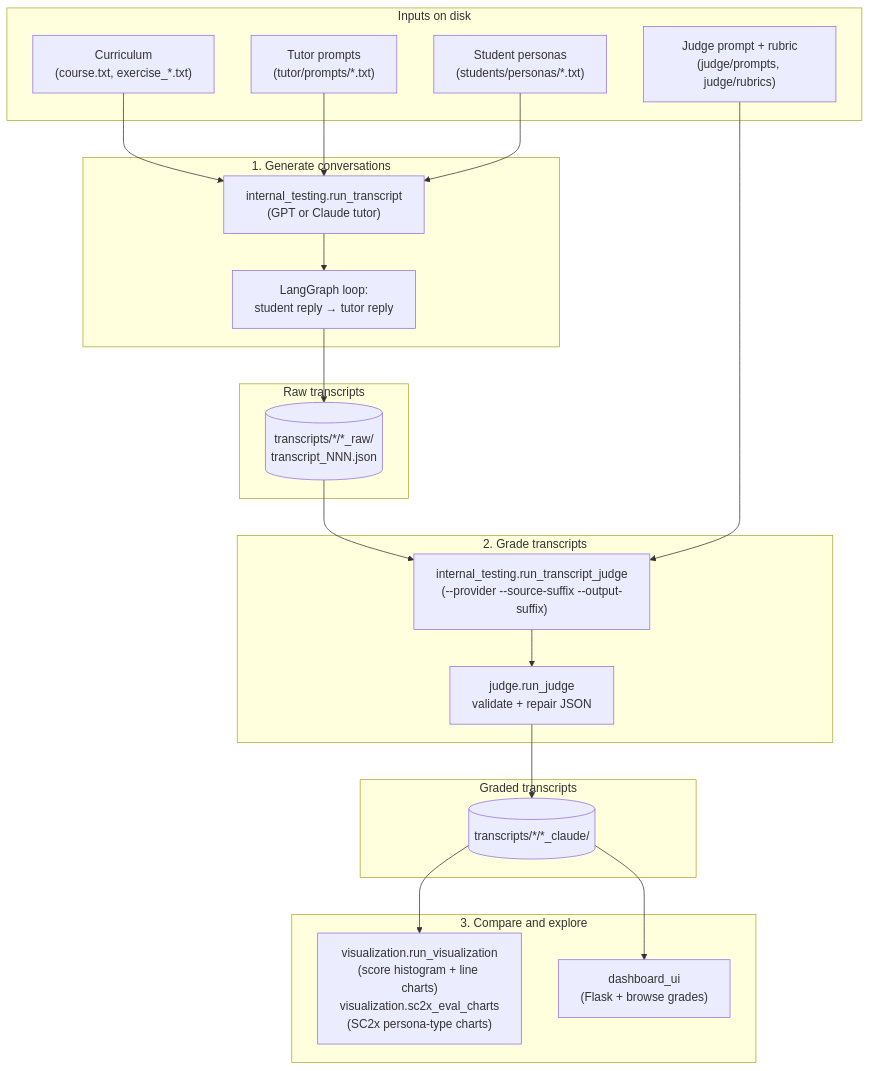
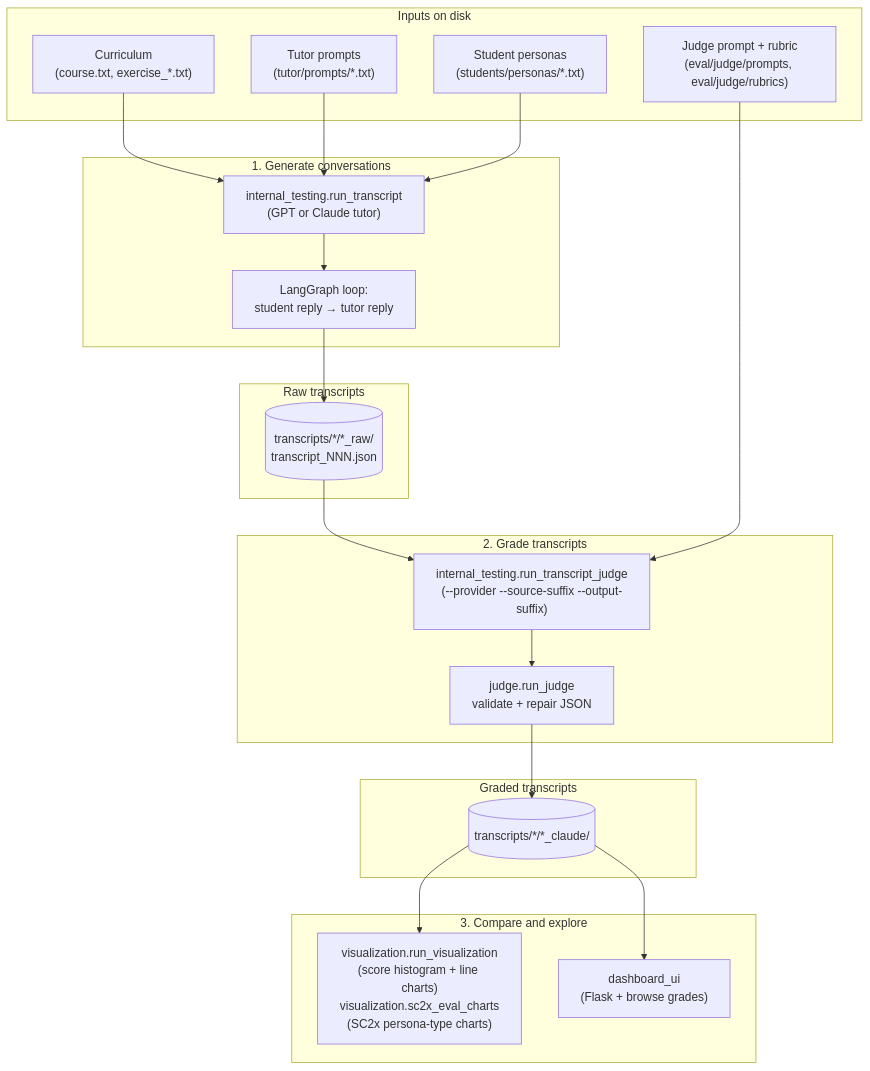
One commit to bonbon-on-fire/asktim_llm_tutor_project changed the third of 3 diagrams in README.md. Above: the diagram before and after it, drawn with Mermaid. The commit also changed other lines of this file and 28 other files, not shown here.

First line of the commit message:
refactor(eval): move judge/ into eval/judge so both evaluators live under eval/

````diff
--- a/README.md
+++ b/README.md
@@ -174,42 +174,42 @@
 ```mermaid
 flowchart TD
     subgraph inputs["Inputs on disk"]
         CUR["Curriculum\n(course.txt, exercise_*.txt)"]
         TUT["Tutor prompts\n(tutor/prompts/*.txt)"]
         PER["Student personas\n(students/personas/*.txt)"]
-        JR["Judge prompt + rubric\n(judge/prompts, judge/rubrics)"]
+        JR["Judge prompt + rubric\n(eval/judge/prompts, eval/judge/rubrics)"]
     end
 
     subgraph gen["1. Generate conversations"]
         UIRAW["internal_testing.run_transcript\n(GPT or Claude tutor)"]
         LOOP["LangGraph loop:\nstudent reply → tutor reply"]
     end
 
     subgraph rawstore["Raw transcripts"]
         RAWF[("transcripts/*/*_raw/\ntranscript_NNN.json")]
     end
 
     subgraph judge["2. Grade transcripts"]
         UIJ["internal_testing.run_transcript_judge\n(--provider --source-suffix --output-suffix)"]
         JG["judge.run_judge\nvalidate + repair JSON"]
     end
 
     subgraph gradedstore["Graded transcripts"]
         GF[("transcripts/*/*_claude/")]
     end
 
     subgraph view["3. Compare and explore"]
         VIZ["visualization.run_visualization\n(score histogram + line charts)\nvisualization.sc2x_eval_charts\n(SC2x persona-type charts)"]
         DASH["dashboard_ui\n(Flask + browse grades)"]
     end
 
     CUR --> UIRAW
     TUT --> UIRAW
     PER --> UIRAW
     UIRAW --> LOOP --> RAWF
     RAWF --> UIJ
     JR --> UIJ
     UIJ --> JG --> GF
     GF --> VIZ
     GF --> DASH
 ```
````
